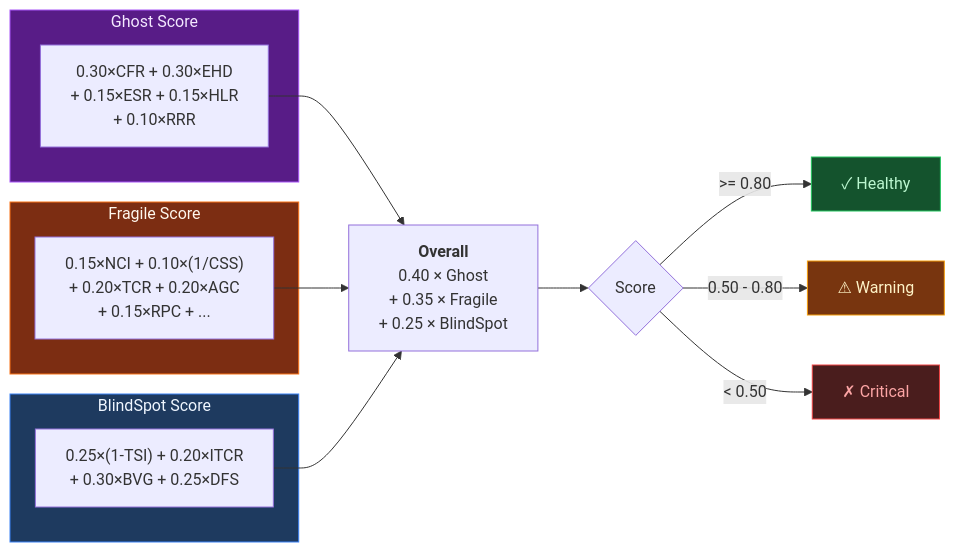
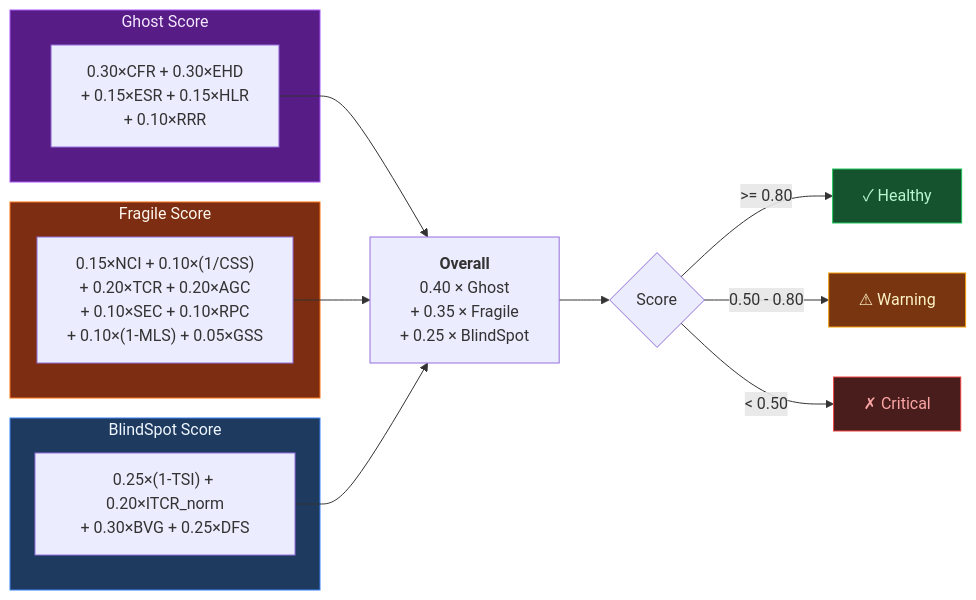
Diagram 12 of 17 in README.md (ohyesiamy/web-anomaly-detector), drawn with Mermaid before and after one commit. The commit also changed other lines of this file, not shown here.

````diff
--- a/README.md
+++ b/README.md
@@ -552,28 +702,28 @@
 ```mermaid
 graph LR
     subgraph Ghost["Ghost Score"]
-        G["0.30×CFR + 0.30×EHD<br/>+ 0.15×ESR + 0.15×HLR<br/>+ 0.10×RRR"]
+        G["0.30×CFR + 0.30×EHD\n+ 0.15×ESR + 0.15×HLR\n+ 0.10×RRR"]
     end
     subgraph Fragile["Fragile Score"]
-        F["0.15×NCI + 0.10×(1/CSS)<br/>+ 0.20×TCR + 0.20×AGC<br/>+ 0.15×RPC + ..."]
+        F["0.15×NCI + 0.10×(1/CSS)\n+ 0.20×TCR + 0.20×AGC\n+ 0.10×SEC + 0.10×RPC\n+ 0.10×(1-MLS) + 0.05×GSS"]
     end
     subgraph BlindSpot["BlindSpot Score"]
-        B["0.25×(1-TSI) + 0.20×ITCR<br/>+ 0.30×BVG + 0.25×DFS"]
+        B["0.25×(1-TSI) + 0.20×ITCR_norm\n+ 0.30×BVG + 0.25×DFS"]
     end
 
-    G --> O["<b>Overall</b><br/>0.40 × Ghost<br/>+ 0.35 × Fragile<br/>+ 0.25 × BlindSpot"]
+    G --> O["<b>Overall</b>\n0.40 × Ghost\n+ 0.35 × Fragile\n+ 0.25 × BlindSpot"]
     F --> O
     B --> O
 
     O --> H{"Score"}
     H -->|">= 0.80"| Healthy["✓ Healthy"]
     H -->|"0.50 - 0.80"| Warning["⚠ Warning"]
     H -->|"< 0.50"| Critical["✗ Critical"]
 
     style Ghost fill:#581c87,stroke:#a855f7,color:#f3e8ff
     style Fragile fill:#7c2d12,stroke:#f97316,color:#fff7ed
     style BlindSpot fill:#1e3a5f,stroke:#3b82f6,color:#eff6ff
     style Healthy fill:#14532d,stroke:#22c55e,color:#bbf7d0
     style Warning fill:#78350f,stroke:#f59e0b,color:#fef3c7
     style Critical fill:#4a1d1d,stroke:#ef4444,color:#fca5a5
 ```
````
